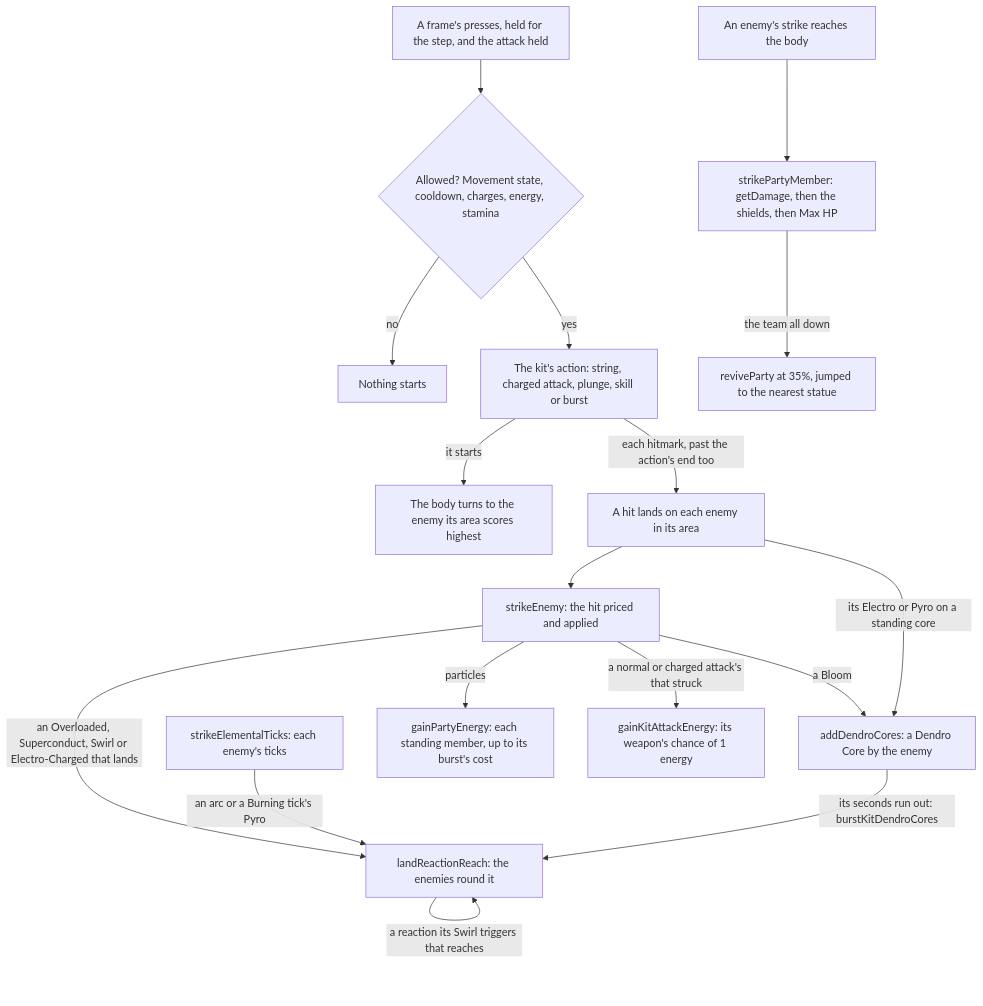
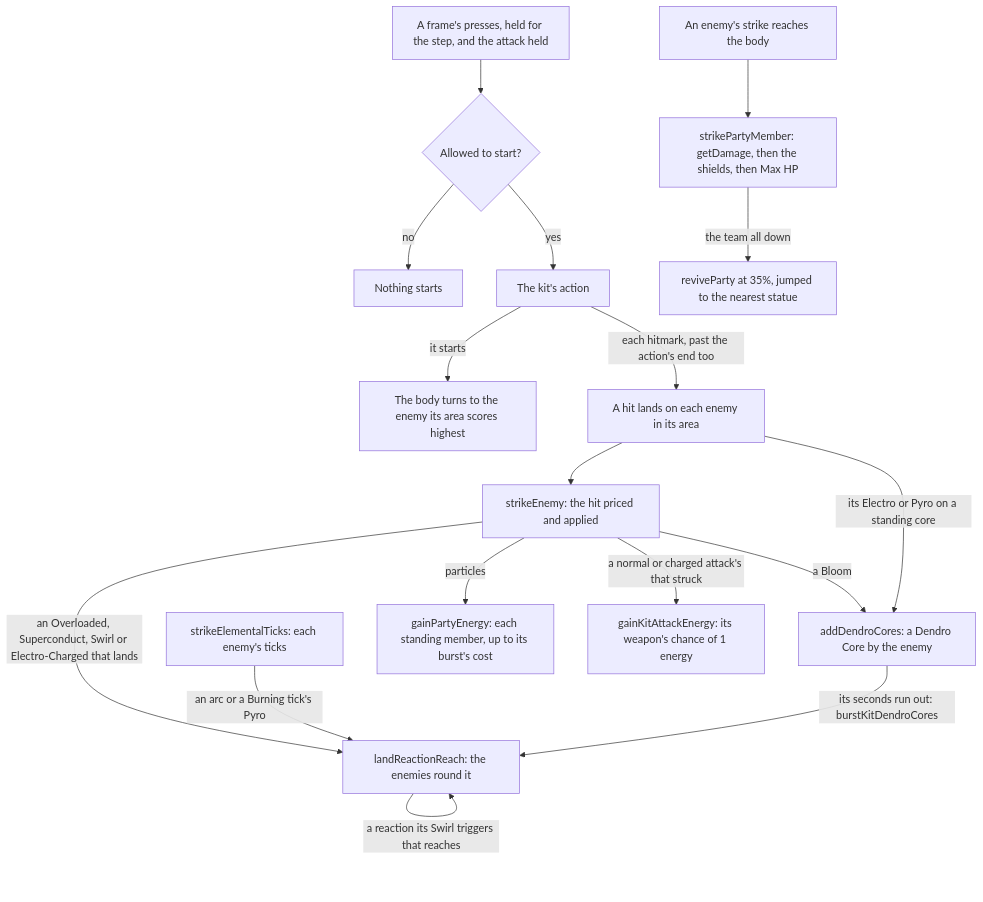
One commit to Esposter/Esposter changed the third of 3 diagrams in openspec/specs/genshin/combat/design.md. Above: the diagram before and after it, drawn with Mermaid. The commit also changed other lines of this file and 11 other files, not shown here.

````diff
--- a/openspec/specs/genshin/combat/design.md
+++ b/openspec/specs/genshin/combat/design.md
@@ -188,19 +188,19 @@
 ```mermaid
 flowchart TD
-  PRESS["A frame's presses, held for the step, and the attack held"] --> GATE{"Allowed? Movement state, cooldown, charges, energy, stamina"}
+  PRESS["A frame's presses, held for the step, and the attack held"] --> GATE{"Allowed to start?"}
   GATE -->|"no"| IDLE["Nothing starts"]
-  GATE -->|"yes"| ACTION["The kit's action: string, charged attack, plunge, skill or burst"]
+  GATE -->|"yes"| ACTION["The kit's action"]
   ACTION -->|"it starts"| AIM["The body turns to the enemy its area scores highest"]
   ACTION -->|"each hitmark, past the action's end too"| HIT["A hit lands on each enemy in its area"]
   HIT --> STRIKE["strikeEnemy: the hit priced and applied"]
   STRIKE -->|"an Overloaded, Superconduct, Swirl or Electro-Charged that lands"| REACH["landReactionReach: the enemies round it"]
   REACH -->|"a reaction its Swirl triggers that reaches"| REACH
   TICKS["strikeElementalTicks: each enemy's ticks"] -->|"an arc or a Burning tick's Pyro"| REACH
   STRIKE -->|"a Bloom"| CORE["addDendroCores: a Dendro Core by the enemy"]
   HIT -->|"its Electro or Pyro on a standing core"| CORE
   CORE -->|"its seconds run out: burstKitDendroCores"| REACH
   STRIKE -->|"particles"| ENERGY["gainPartyEnergy: each standing member, up to its burst's cost"]
   STRIKE -->|"a normal or charged attack's that struck"| ATTACK_ENERGY["gainKitAttackEnergy: its weapon's chance of 1 energy"]
   ENEMY["An enemy's strike reaches the body"] --> HURT["strikePartyMember: getDamage, then the shields, then Max HP"]
   HURT -->|"the team all down"| RESPAWN["reviveParty at 35%, jumped to the nearest statue"]
 ```
````
